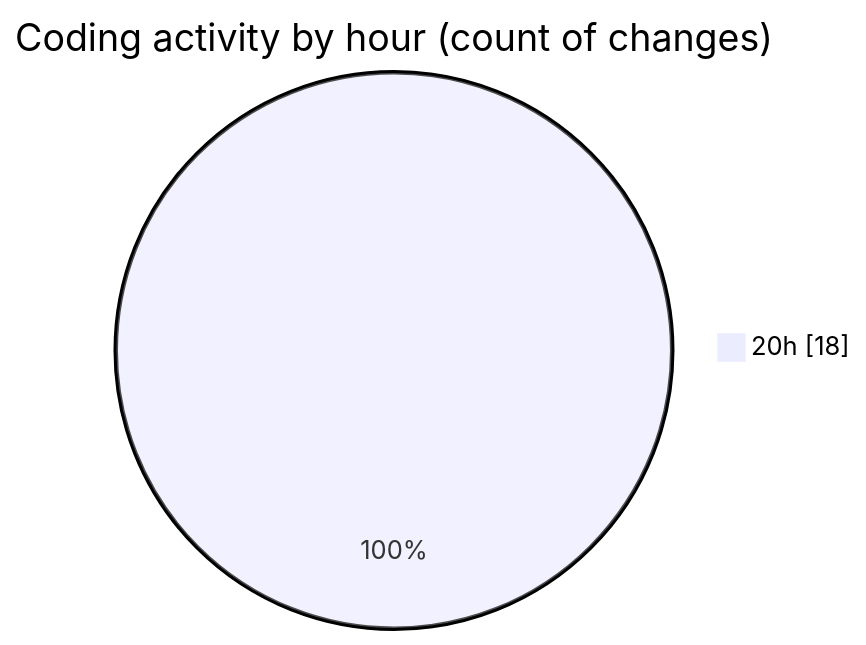
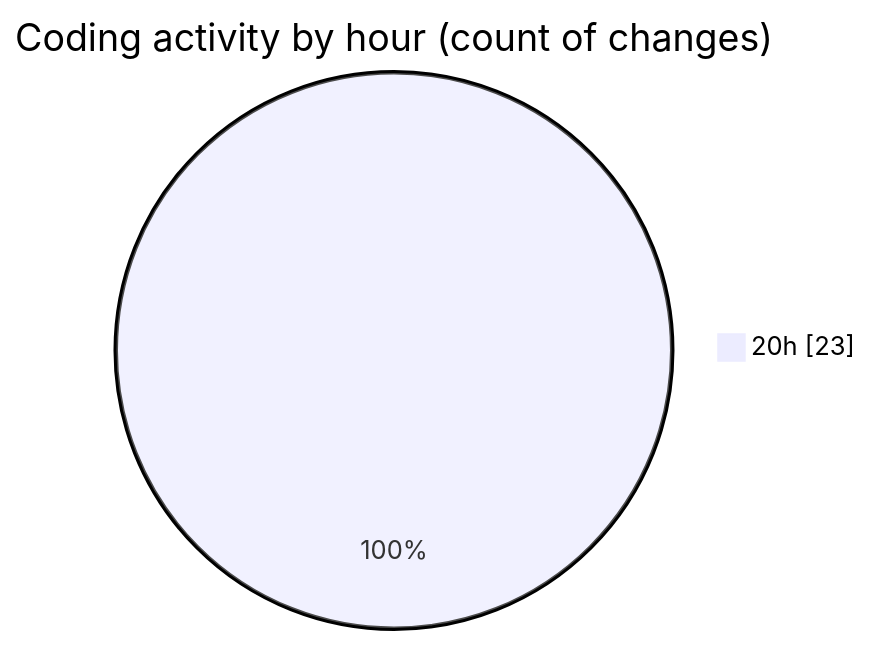
The second of 2 diagrams in 2025-05-25/bookingpodcas/README.md (idhammustaqopulfikri/code-tracking), drawn with Mermaid before and after one commit. The commit also changed other lines of this file and 1 other file, not shown here.

````diff
--- a/2025-05-25/bookingpodcas/README.md
+++ b/2025-05-25/bookingpodcas/README.md
@@ -40,5 +42,5 @@
 ```mermaid
 pie showData
 title Coding activity by hour (count of changes)
-"20h" : 18
+"20h" : 23
 ```
````
